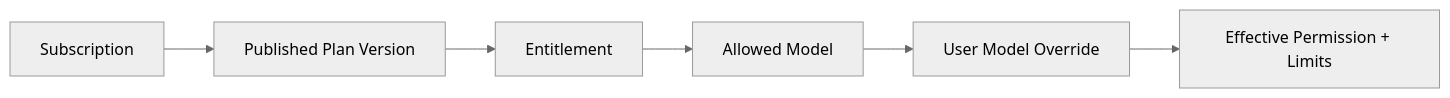
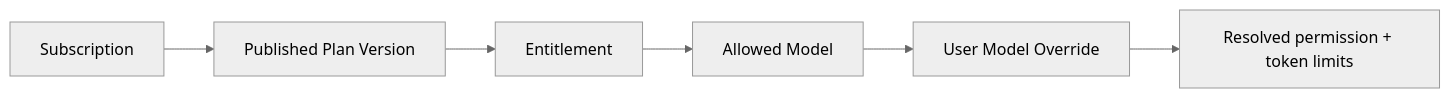
One commit to glide-the/dream-im-platform changed the second of 4 diagrams in docs/architecture/ink-dream-memory/06-billing-subscription-gateway-integration.md. Above: the diagram before and after it, drawn with Mermaid (neutral theme). The commit also changed other lines of this file and 53 other files, not shown here.

````diff
--- a/docs/architecture/ink-dream-memory/06-billing-subscription-gateway-integration.md
+++ b/docs/architecture/ink-dream-memory/06-billing-subscription-gateway-integration.md
@@ -65,8 +70,8 @@
 ```mermaid
 flowchart LR
   S["Subscription"] --> V["Published Plan Version"]
   V --> E["Entitlement"]
   E --> M["Allowed Model"]
   M --> O["User Model Override"]
-  O --> R["Effective Permission + Limits"]
+  O --> R["Resolved permission + token limits"]
 ```
````
